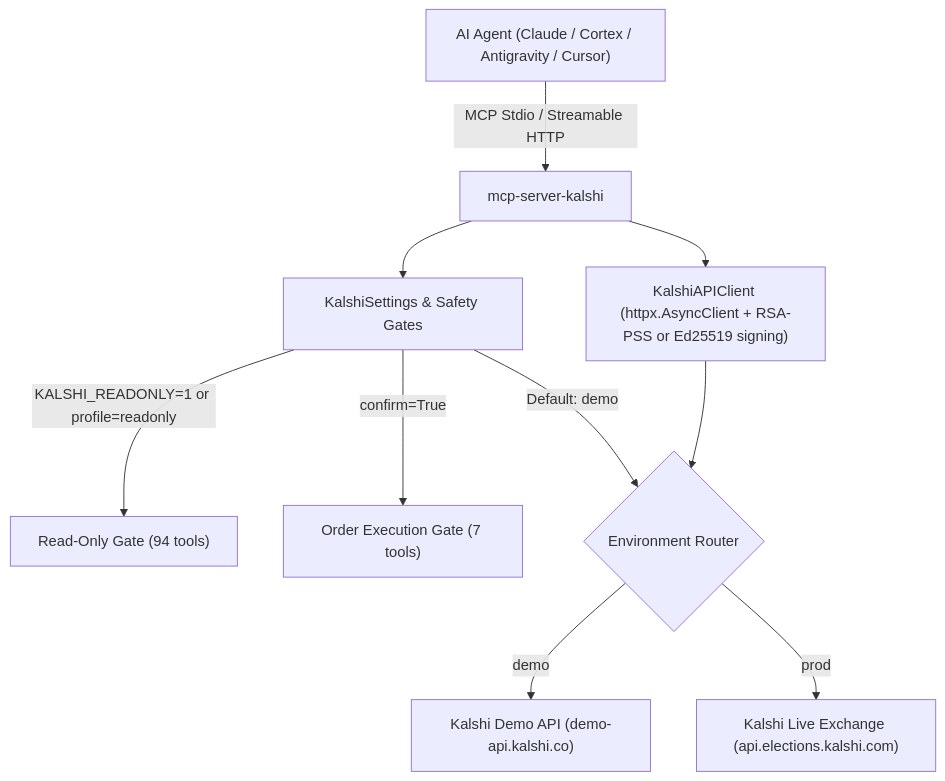
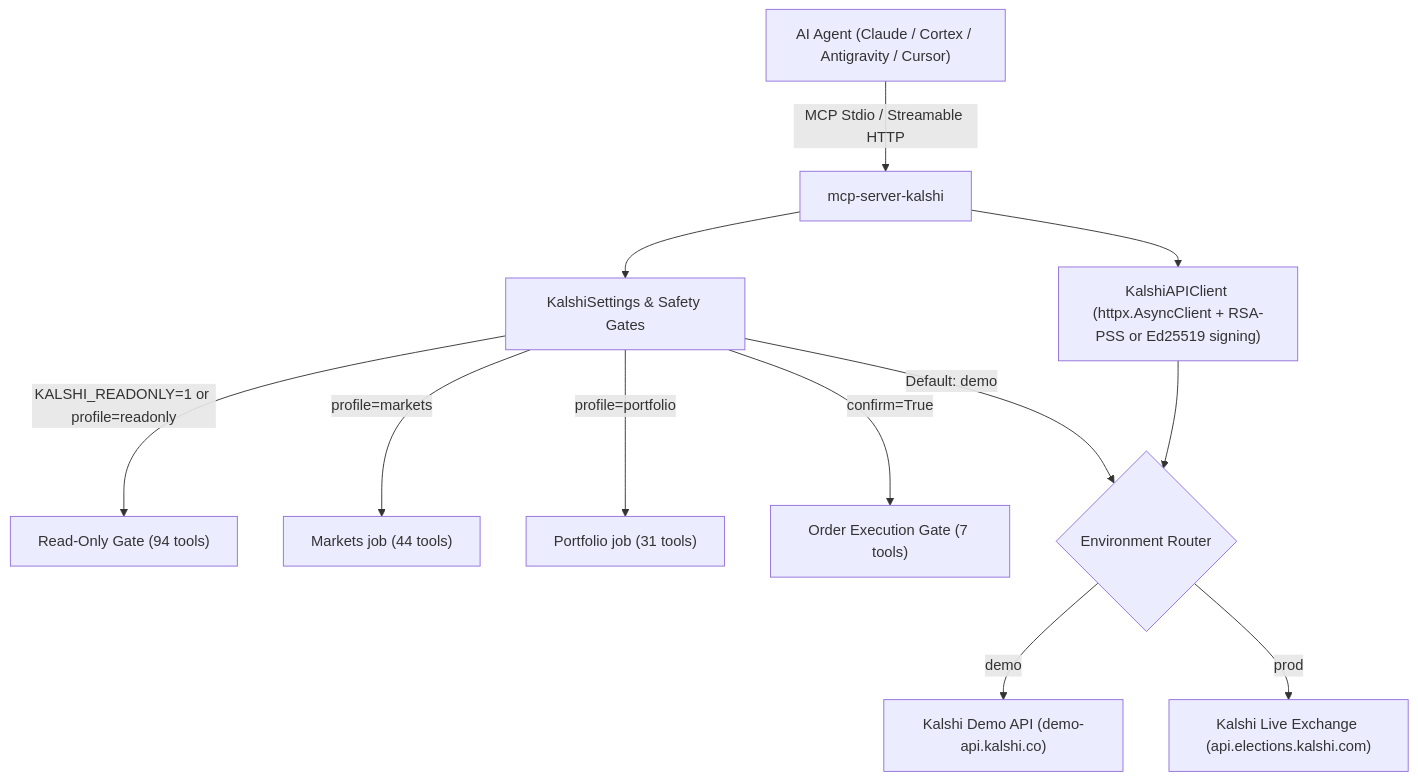
One commit to christianclaudio/mcp-server-kalshi changed the diagram in README.md. Above: the diagram before and after it, drawn with Mermaid. The commit also changed other lines of this file and 10 other files, not shown here.

First line of the commit message:
feat(profiles): add markets and portfolio job profiles (#86)

````diff
--- a/README.md
+++ b/README.md
@@ -11,12 +11,14 @@
 ```mermaid
 graph TD
     Client["AI Agent (Claude / Cortex / Antigravity / Cursor)"] -->|"MCP Stdio / Streamable HTTP"| Server["mcp-server-kalshi"]
     Server --> Config["KalshiSettings & Safety Gates"]
     Config -->|"KALSHI_READONLY=1 or profile=readonly"| RO["Read-Only Gate (94 tools)"]
+    Config -->|"profile=markets"| Markets["Markets job (44 tools)"]
+    Config -->|"profile=portfolio"| Portfolio["Portfolio job (31 tools)"]
     Config -->|"confirm=True"| Mutating["Order Execution Gate (7 tools)"]
     Config -->|"Default: demo"| EnvSelect{"Environment Router"}
     EnvSelect -->|"demo"| DemoAPI["Kalshi Demo API (demo-api.kalshi.co)"]
     EnvSelect -->|"prod"| ProdAPI["Kalshi Live Exchange (api.elections.kalshi.com)"]
     Server --> ClientPool["KalshiAPIClient (httpx.AsyncClient + RSA-PSS or Ed25519 signing)"]
     ClientPool --> EnvSelect
 ```
````
